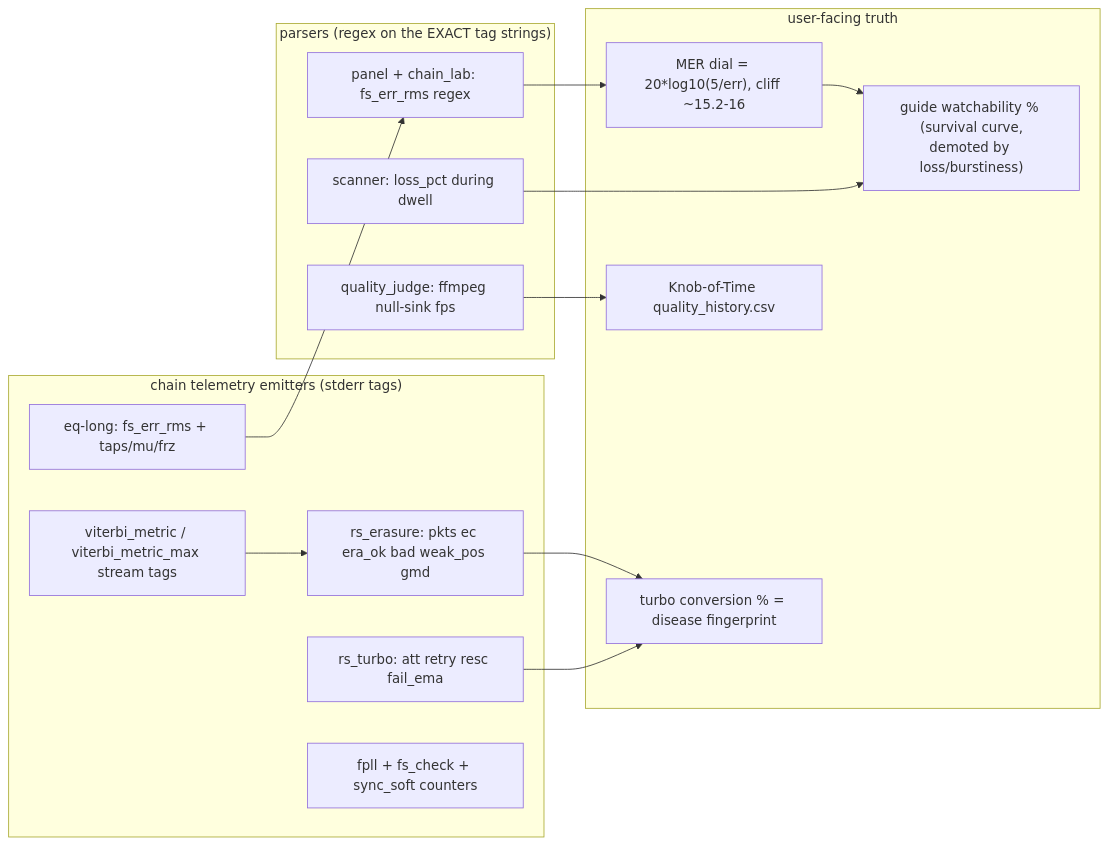
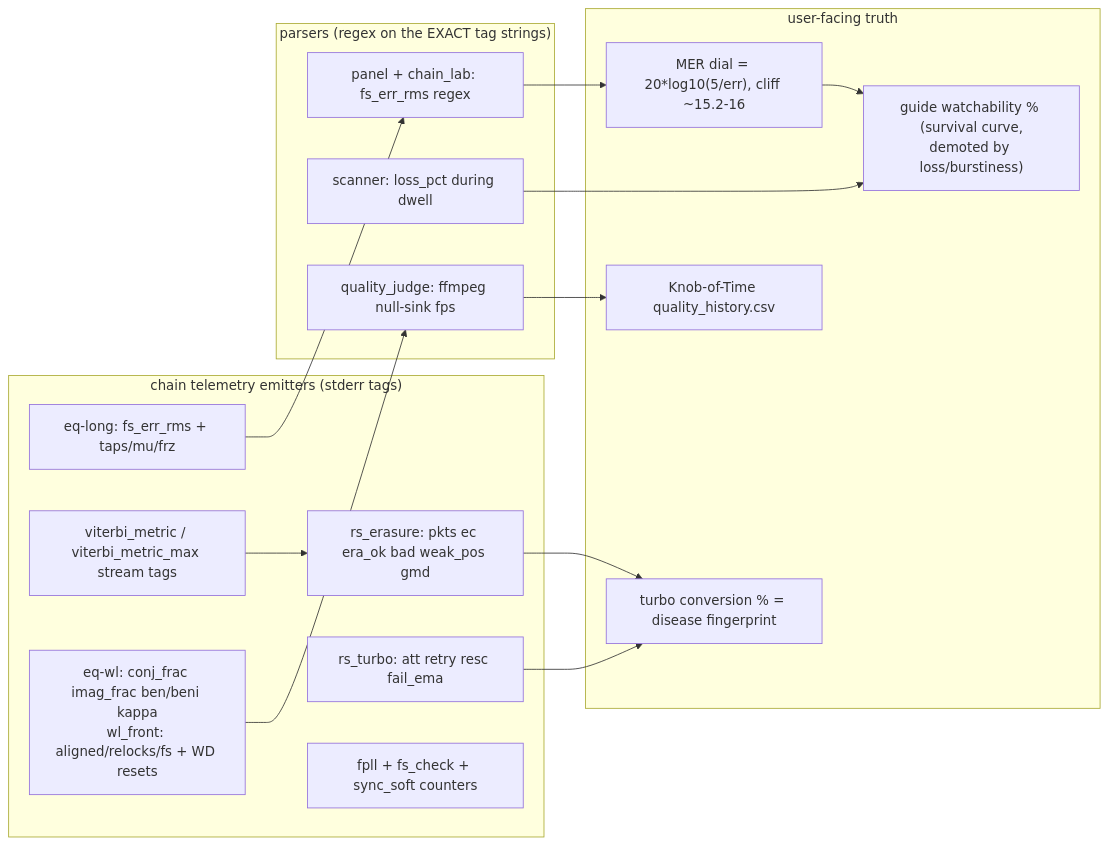
One commit to Felbs/Software-TV-Tuner changed the second of 3 diagrams in ARCHITECTURE.md. Above: the diagram before and after it, drawn with Mermaid. The commit also changed other lines of this file, not shown here.

First line of the commit message:
ARCHITECTURE: chart the widely-linear path, the speed levers, and the A/B bench

````diff
--- a/ARCHITECTURE.md
+++ b/ARCHITECTURE.md
@@ -223,30 +229,32 @@
 ```mermaid
 flowchart LR
   subgraph EMIT["chain telemetry emitters (stderr tags)"]
     EQ["eq-long: fs_err_rms + taps/mu/frz"]
     RS["rs_erasure: pkts ec era_ok bad weak_pos gmd"]
     TB["rs_turbo: att retry resc fail_ema"]
     FP["fpll + fs_check + sync_soft counters"]
     VT["viterbi_metric / viterbi_metric_max stream tags"]
+    WL["eq-wl: conj_frac imag_frac ben/beni kappa<br/>wl_front: aligned/relocks/fs + WD resets"]
   end
 
   subgraph PARSE["parsers (regex on the EXACT tag strings)"]
     PMER["panel + chain_lab: fs_err_rms regex"]
     PLOSS["scanner: loss_pct during dwell"]
     PQJ["quality_judge: ffmpeg null-sink fps"]
   end
 
   subgraph DIALS["user-facing truth"]
     MER["MER dial = 20*log10(5/err), cliff ~15.2-16"]
     BADGE["guide watchability % (survival curve,<br/>demoted by loss/burstiness)"]
     CONV["turbo conversion % = disease fingerprint"]
     KNOB["Knob-of-Time quality_history.csv"]
   end
 
   EQ --> PMER --> MER --> BADGE
   RS --> CONV
   TB --> CONV
   PLOSS --> BADGE
   PQJ --> KNOB
   VT --> RS
+  WL --> PQJ
 ```
````
